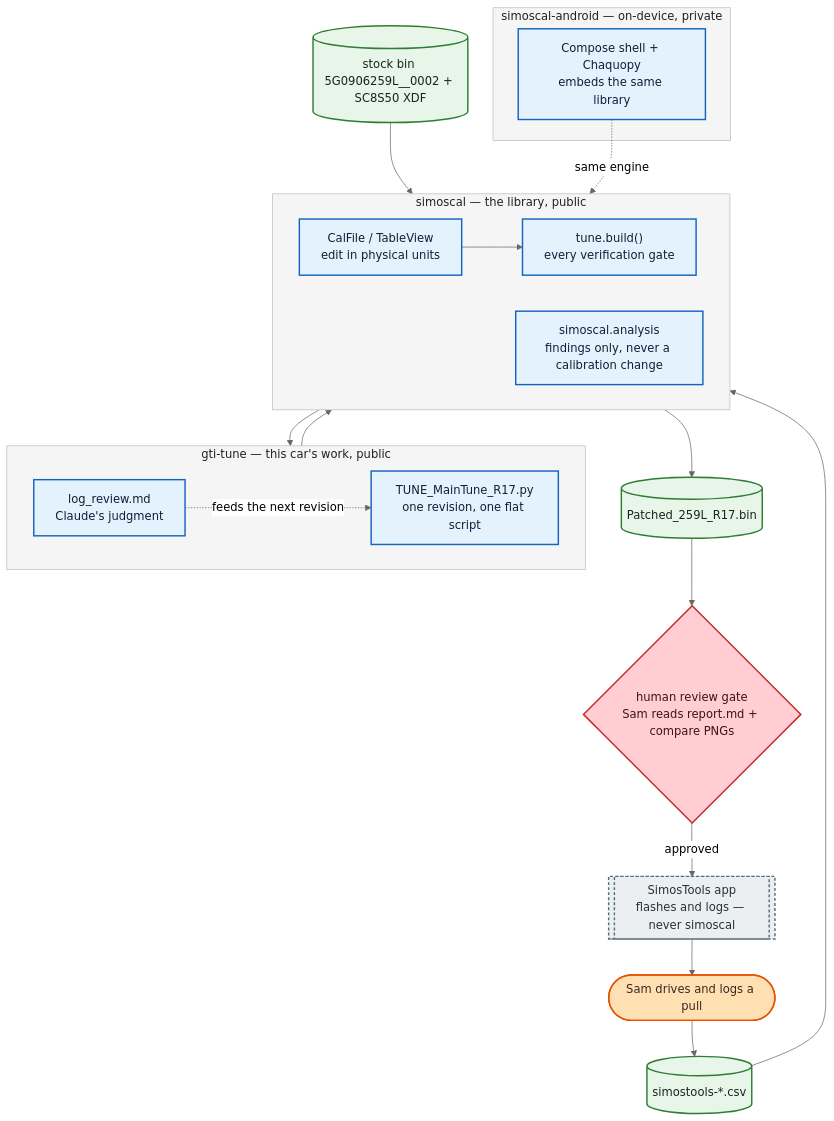
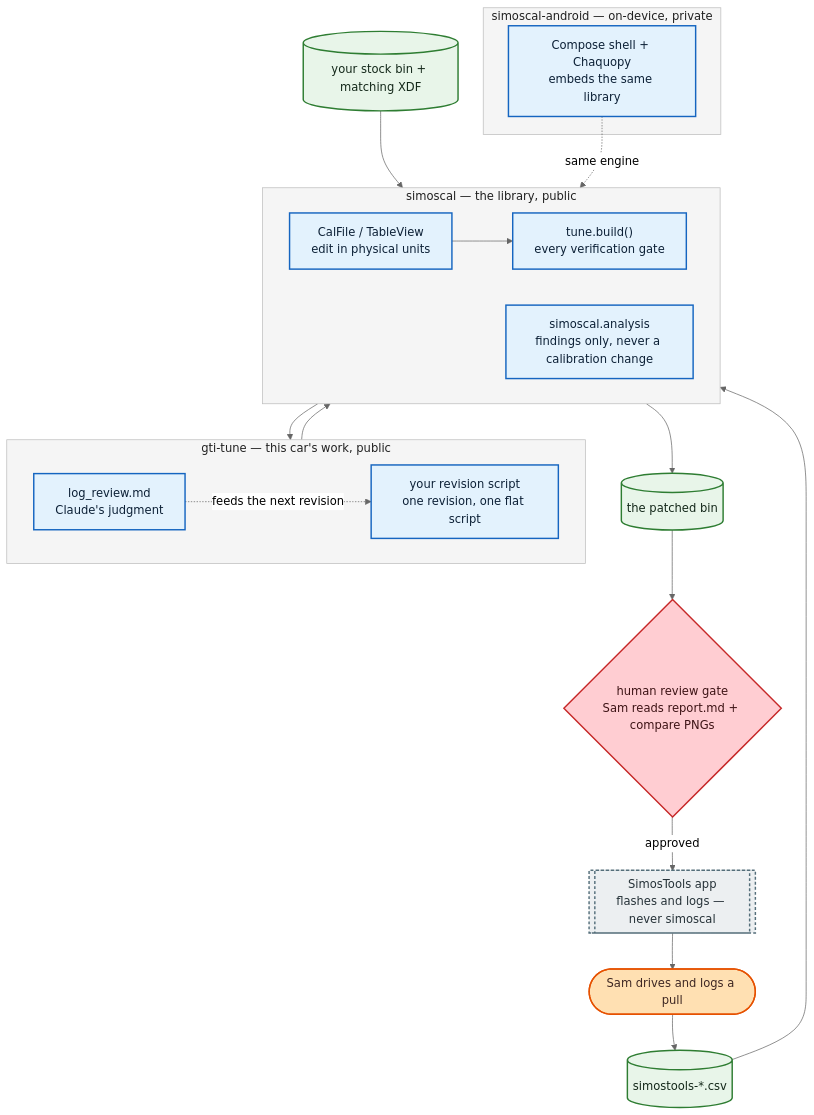
One commit to SamRyeIn/gti-tune changed the first of 2 diagrams in Docs/diagram-conventions.md. Above: the diagram before and after it, drawn with Mermaid (neutral theme). The commit also changed other lines of this file and 2 other files, not shown here.

Commit message:
Add D22 and de-personalise the shared diagram
`Code/docs/BETA_GUIDE.md` §7 already held an unstyled six-node loop that the
survey missed, so the count moves from "exactly one mermaid diagram across three
repos" to two, and the scope from 21 authored diagrams to 22 — the existing one
restyled to the vocabulary, since a set that does not include it stops reading
as one system.

The cross-repo diagram in `diagram-conventions.md` appears verbatim in all three
READMEs, two of them public, and named this car's files: a specific revision
script, the stock bin's box code, and a patched output bin. Those are now
generic ("your revision script", "your stock bin + matching XDF"), which is what
a reader of the public repos needs and stops the copy going stale every revision.

````diff
--- a/Docs/diagram-conventions.md
+++ b/Docs/diagram-conventions.md
@@ -98,49 +98,49 @@
 ```mermaid
 flowchart TB
   subgraph GTI["gti-tune — this car's work, public"]
     direction LR
-    REV["TUNE_MainTune_R17.py<br/>one revision, one flat script"]:::auto
+    REV["your revision script<br/>one revision, one flat script"]:::auto
     REVIEW["log_review.md<br/>Claude's judgment"]:::auto
   end
 
   subgraph LIB["simoscal — the library, public"]
     direction LR
     CAL["CalFile / TableView<br/>edit in physical units"]:::auto
     BUILD["tune.build()<br/>every verification gate"]:::auto
     ANA["simoscal.analysis<br/>findings only, never a calibration change"]:::auto
   end
 
   subgraph AND["simoscal-android — on-device, private"]
     SHELL["Compose shell + Chaquopy<br/>embeds the same library"]:::auto
   end
 
-  STOCK[("stock bin 5G0906259L__0002 + SC8S50 XDF")]:::data
-  PATCHED[("Patched_259L_R17.bin")]:::data
+  STOCK[("your stock bin + matching XDF")]:::data
+  PATCHED[("the patched bin")]:::data
   GATE{"human review gate<br/>Sam reads report.md + compare PNGs"}:::gate
   ST[["SimosTools app<br/>flashes and logs — never simoscal"]]:::external
   CAR(["Sam drives and logs a pull"]):::human
   CSV[("simostools-*.csv")]:::data
 
   STOCK --> CAL
   REV --> CAL
   CAL --> BUILD
   BUILD --> PATCHED
   PATCHED --> GATE
   GATE -->|approved| ST
   ST --> CAR
   CAR --> CSV
   CSV --> ANA
   ANA --> REVIEW
   REVIEW -.->|feeds the next revision| REV
   SHELL -.->|same engine| CAL
 
   style GTI fill:#F5F5F5,stroke:#BDBDBD,stroke-width:1px,color:#212121
   style LIB fill:#F5F5F5,stroke:#BDBDBD,stroke-width:1px,color:#212121
   style AND fill:#F5F5F5,stroke:#BDBDBD,stroke-width:1px,color:#212121
 
   classDef human    fill:#FFE0B2,stroke:#E65100,stroke-width:2px,color:#3E2723
   classDef auto     fill:#E3F2FD,stroke:#1565C0,stroke-width:2px,color:#0D2137
   classDef gate     fill:#FFCDD2,stroke:#C62828,stroke-width:2px,color:#3E1416
   classDef external fill:#ECEFF1,stroke:#546E7A,stroke-width:2px,color:#263238,stroke-dasharray:4 3
   classDef data     fill:#E8F5E9,stroke:#2E7D32,stroke-width:2px,color:#14281A
 ```
````
